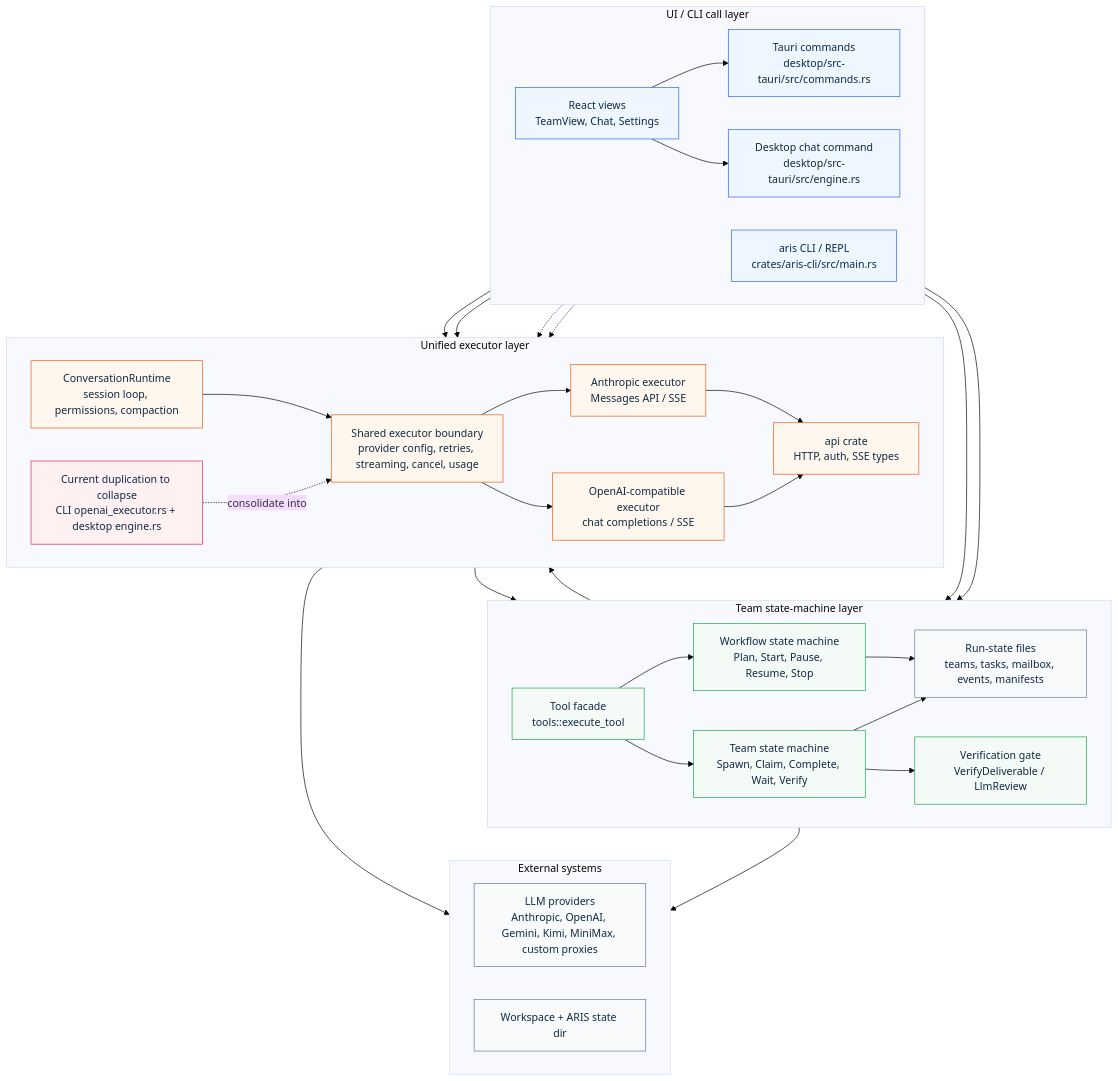
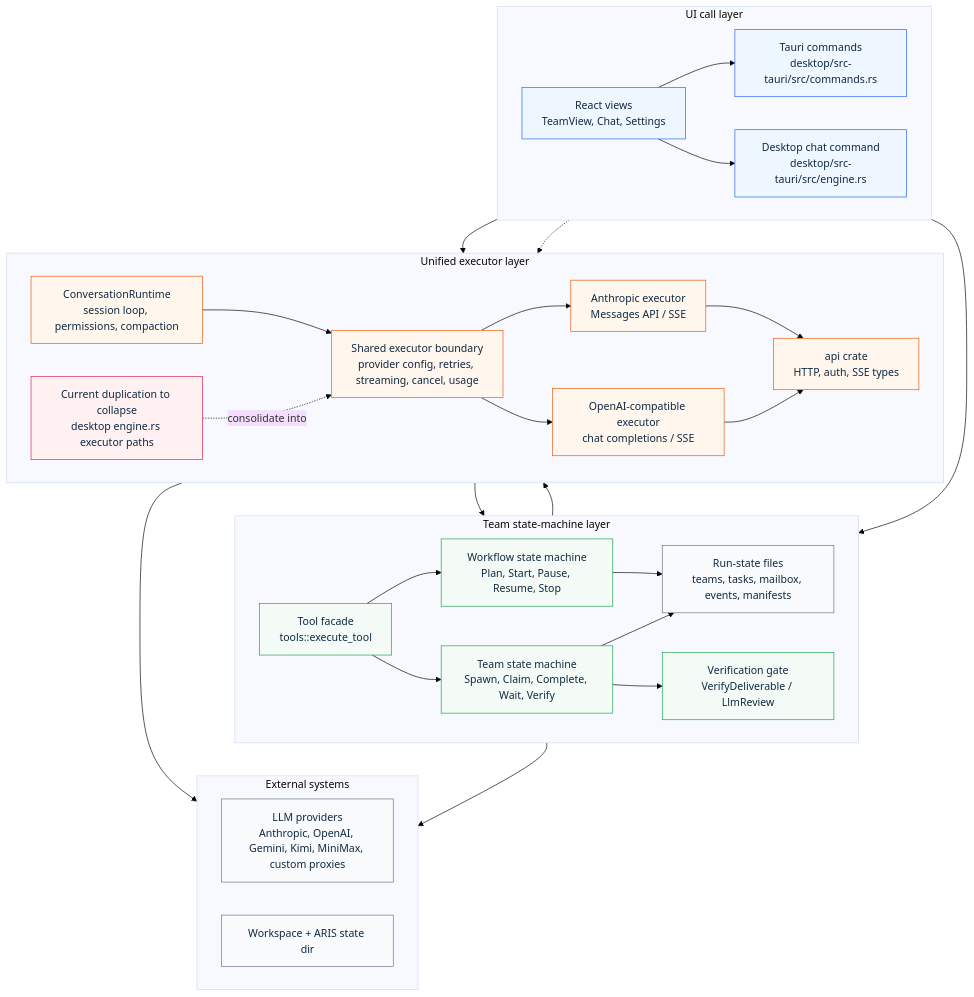
One commit to zhuyingqin/Aris changed the diagram in figures/aris-three-layer-architecture.mmd. Above: the diagram before and after it, drawn with Mermaid. The commit also changed 85 other files, not shown here.

```diff
--- a/figures/aris-three-layer-architecture.mmd
+++ b/figures/aris-three-layer-architecture.mmd
@@ -1,73 +1,69 @@
 %%{init: {"theme": "base", "themeVariables": {"background": "#ffffff", "primaryFontFamily": "Arial"}}}%%
 flowchart TB
   classDef ui fill:#eef6ff,stroke:#2563eb,stroke-width:1px,color:#102a43
   classDef team fill:#f4fbf7,stroke:#16a34a,stroke-width:1px,color:#102a43
   classDef exec fill:#fff7ed,stroke:#ea580c,stroke-width:1px,color:#102a43
   classDef data fill:#f8fafc,stroke:#64748b,stroke-width:1px,color:#102a43
   classDef warn fill:#fff1f2,stroke:#e11d48,stroke-width:1px,color:#102a43
 
-  subgraph L3["UI / CLI call layer"]
+  subgraph L3["UI call layer"]
     direction LR
     React["React views<br/>TeamView, Chat, Settings"]
     TauriCmd["Tauri commands<br/>desktop/src-tauri/src/commands.rs"]
     DesktopChat["Desktop chat command<br/>desktop/src-tauri/src/engine.rs"]
-    CLI["aris CLI / REPL<br/>crates/aris-cli/src/main.rs"]
   end
 
   subgraph L2["Team state-machine layer"]
     direction LR
     ToolFacade["Tool facade<br/>tools::execute_tool"]
     TeamSM["Team state machine<br/>Spawn, Claim, Complete, Wait, Verify"]
     WorkflowSM["Workflow state machine<br/>Plan, Start, Pause, Resume, Stop"]
     ReviewerGate["Verification gate<br/>VerifyDeliverable / LlmReview"]
     StateStore["Run-state files<br/>teams, tasks, mailbox, events, manifests"]
   end
 
   subgraph L1["Unified executor layer"]
     direction LR
     Runtime["ConversationRuntime<br/>session loop, permissions, compaction"]
     SharedExec["Shared executor boundary<br/>provider config, retries, streaming, cancel, usage"]
-    Dup["Current duplication to collapse<br/>CLI openai_executor.rs + desktop engine.rs"]
+    Dup["Current duplication to collapse<br/>desktop engine.rs executor paths"]
     AnthropicExec["Anthropic executor<br/>Messages API / SSE"]
     OpenAIExec["OpenAI-compatible executor<br/>chat completions / SSE"]
     ApiCrate["api crate<br/>HTTP, auth, SSE types"]
   end
 
   subgraph External["External systems"]
     direction LR
     LLMs["LLM providers<br/>Anthropic, OpenAI, Gemini, Kimi, MiniMax, custom proxies"]
     Filesystem["Workspace + ARIS state dir"]
   end
 
   React --> TauriCmd
   React --> DesktopChat
   TauriCmd --> ToolFacade
-  CLI --> ToolFacade
-  CLI --> Runtime
   DesktopChat --> Runtime
 
   Runtime --> SharedExec
   Runtime --> ToolFacade
   ToolFacade --> TeamSM
   ToolFacade --> WorkflowSM
   TeamSM --> StateStore
   WorkflowSM --> StateStore
   TeamSM --> ReviewerGate
   ReviewerGate --> SharedExec
 
   SharedExec --> AnthropicExec
   SharedExec --> OpenAIExec
   Dup -. "consolidate into" .-> SharedExec
   AnthropicExec --> ApiCrate
   OpenAIExec --> ApiCrate
   ApiCrate --> LLMs
   StateStore --> Filesystem
 
-  CLI -.-> Dup
   DesktopChat -.-> Dup
 
-  class React,TauriCmd,DesktopChat,CLI ui
+  class React,TauriCmd,DesktopChat ui
   class ToolFacade,TeamSM,WorkflowSM,ReviewerGate team
   class Runtime,SharedExec,AnthropicExec,OpenAIExec,ApiCrate exec
   class StateStore,LLMs,Filesystem data
   class Dup warn
```
